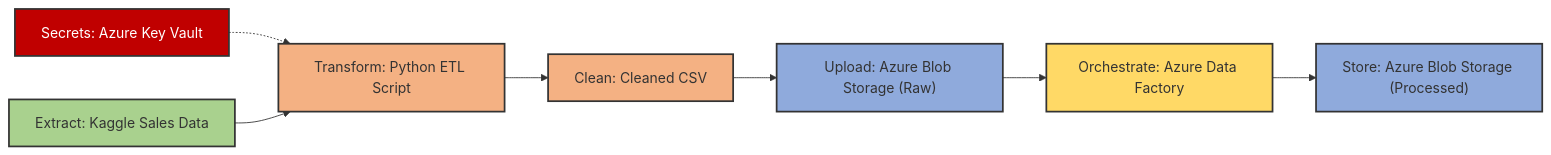
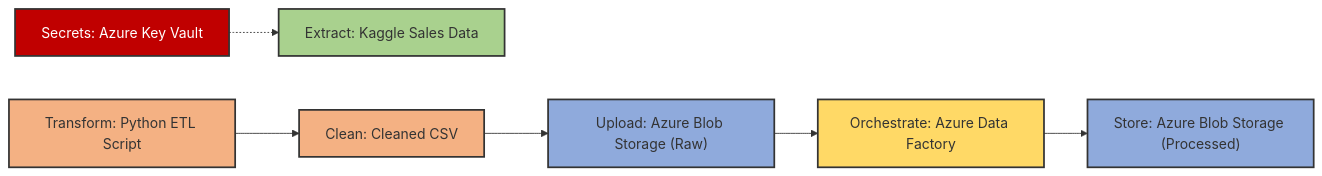
Before and after one commit to alexvidi/Azure-ETL-Project-Terraform-GitHubActions: the diagram in README.md, drawn with Mermaid.

````diff
--- a/README.md
+++ b/README.md
@@ -44,26 +44,25 @@
 ```mermaid
 flowchart LR
     %% Define styles for different node types
     classDef extract fill:#a9d18e,stroke:#333,stroke-width:2px;
     classDef transform fill:#f4b183,stroke:#333,stroke-width:2px;
     classDef storage fill:#8faadc,stroke:#333,stroke-width:2px;
     classDef orchestrate fill:#ffd966,stroke:#333,stroke-width:2px;
     classDef secrets fill:#c00000,stroke:#333,stroke-width:2px,color:#fff;
 
     %% Assign classes to nodes
     A[Extract: Kaggle Sales Data]:::extract
     B[Transform: Python ETL Script]:::transform
     C[Clean: Cleaned CSV]:::transform
     D["Upload: Azure Blob Storage (Raw)"]:::storage
     E["Orchestrate: Azure Data Factory"]:::orchestrate
     F["Store: Azure Blob Storage (Processed)"]:::storage
     G["Secrets: Azure Key Vault"]:::secrets
 
     %% Define the flow
-    G -.-> B  
-    A --> B
+   G -.-> A  
     B --> C
     C --> D
     D --> E
     E --> F
 ```
````
